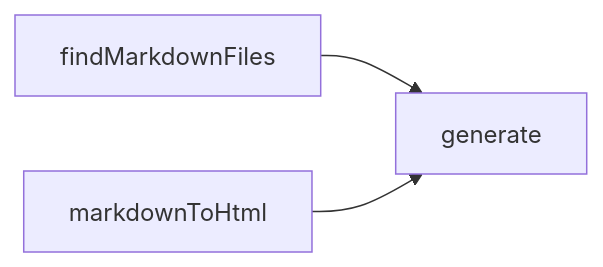
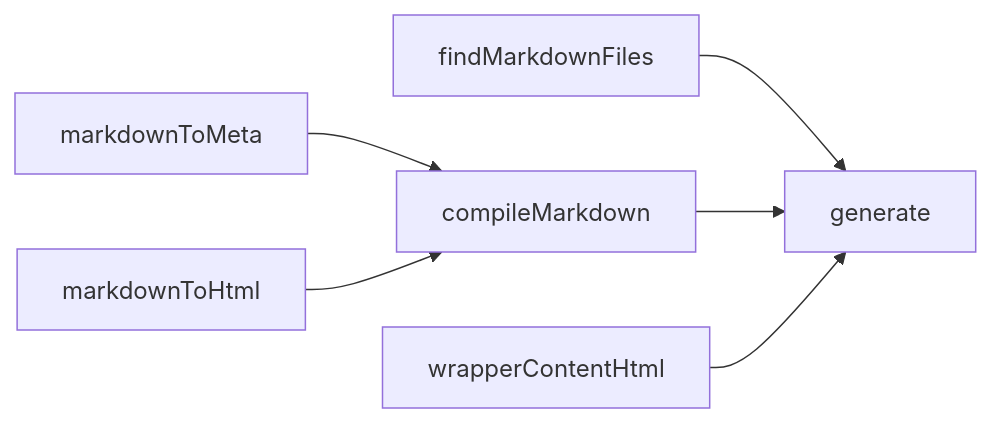
One commit to arch-spatula/new-blog-2025 changed the first of 2 diagrams in README.md. Above: the diagram before and after it, drawn with Mermaid. The commit also changed other lines of this file and 5 other files, not shown here.

````diff
--- a/README.md
+++ b/README.md
@@ -35,5 +35,8 @@
 ```mermaid
 graph LR
     findMarkdownFiles --> generate
-    markdownToHtml --> generate
+    compileMarkdown --> generate
+    markdownToMeta --> compileMarkdown
+    markdownToHtml --> compileMarkdown
+    wrapperContentHtml --> generate
 ```
````
